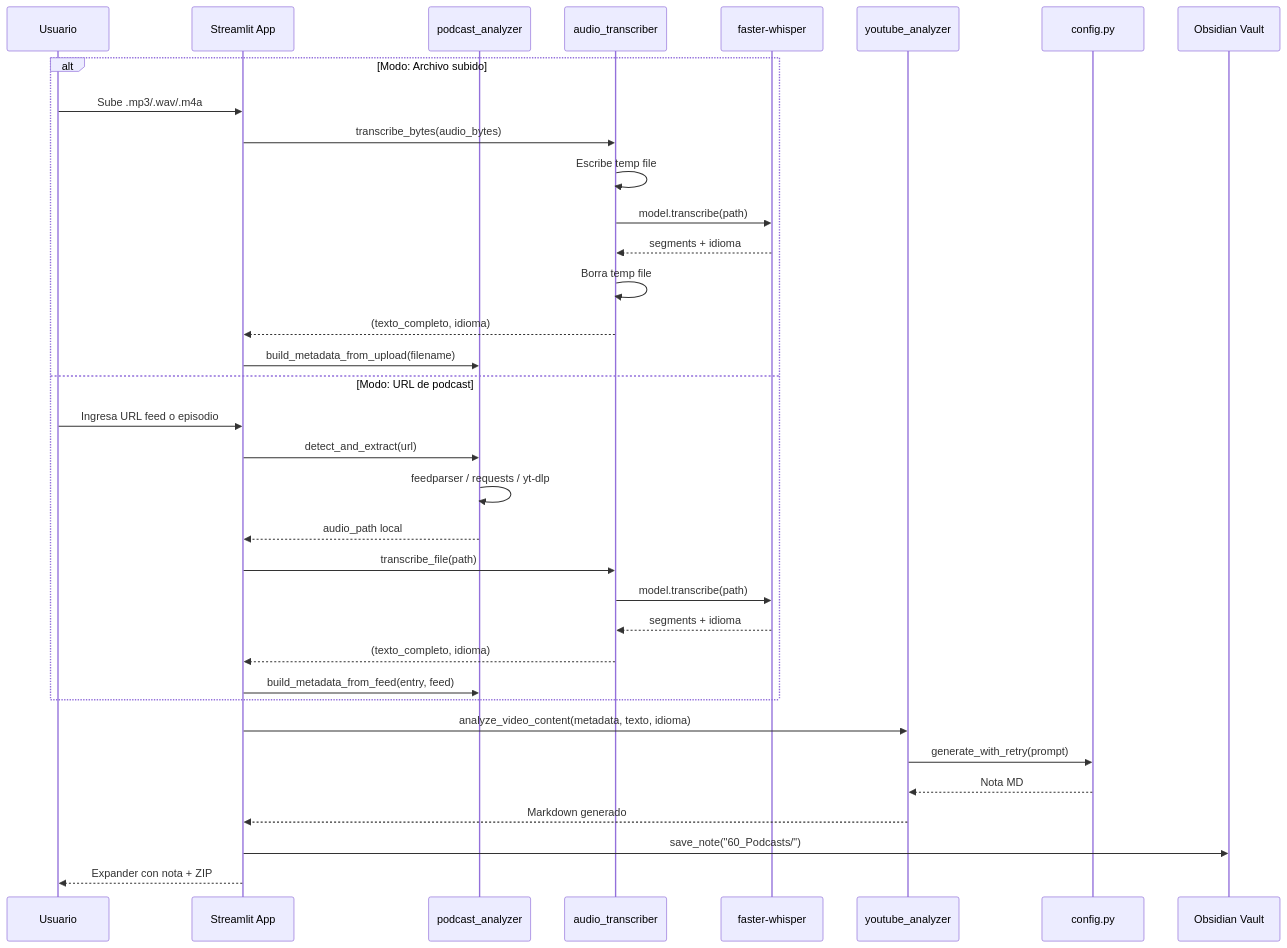
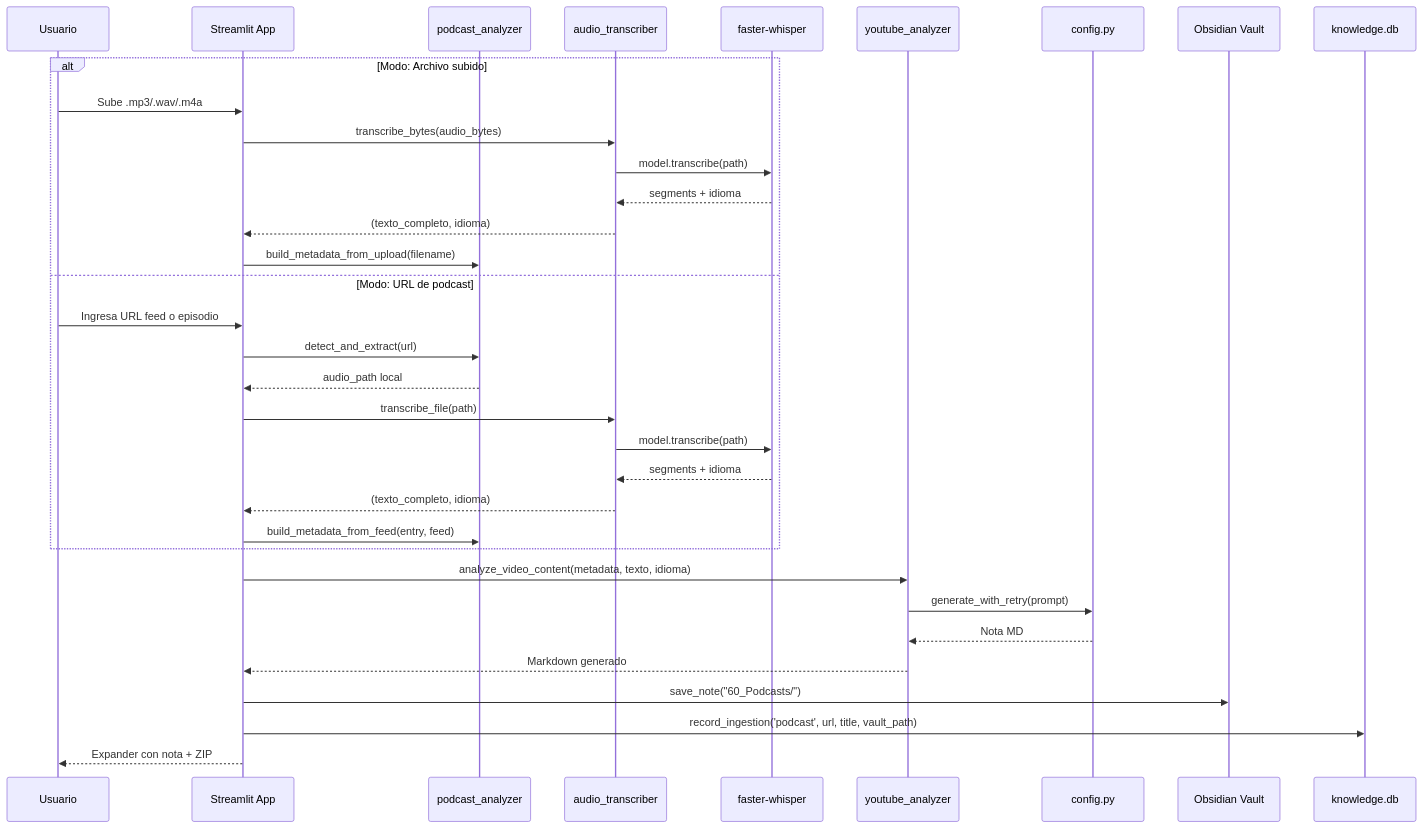
The eighth of 8 diagrams in docs/FLOWS.md (luuisaguilar/deep-audit-knowledge-engine), drawn with Mermaid before and after one commit. The commit also changed other lines of this file and 7 other files, not shown here.

````diff
--- a/docs/FLOWS.md
+++ b/docs/FLOWS.md
@@ -162,39 +233,38 @@
 ```mermaid
 sequenceDiagram
     participant U as Usuario
     participant S as Streamlit App
     participant PA as podcast_analyzer
     participant AT as audio_transcriber
     participant WH as faster-whisper
     participant YA as youtube_analyzer
     participant C as config.py
     participant V as Obsidian Vault
+    participant DB as knowledge.db
 
     alt Modo: Archivo subido
         U->>S: Sube .mp3/.wav/.m4a
         S->>AT: transcribe_bytes(audio_bytes)
-        AT->>AT: Escribe temp file
         AT->>WH: model.transcribe(path)
         WH-->>AT: segments + idioma
-        AT->>AT: Borra temp file
         AT-->>S: (texto_completo, idioma)
         S->>PA: build_metadata_from_upload(filename)
     else Modo: URL de podcast
         U->>S: Ingresa URL feed o episodio
         S->>PA: detect_and_extract(url)
-        PA->>PA: feedparser / requests / yt-dlp
         PA-->>S: audio_path local
         S->>AT: transcribe_file(path)
         AT->>WH: model.transcribe(path)
         WH-->>AT: segments + idioma
         AT-->>S: (texto_completo, idioma)
         S->>PA: build_metadata_from_feed(entry, feed)
     end
 
     S->>YA: analyze_video_content(metadata, texto, idioma)
     YA->>C: generate_with_retry(prompt)
     C-->>YA: Nota MD
     YA-->>S: Markdown generado
     S->>V: save_note("60_Podcasts/")
+    S->>DB: record_ingestion('podcast', url, title, vault_path)
     S-->>U: Expander con nota + ZIP
 ```
````
